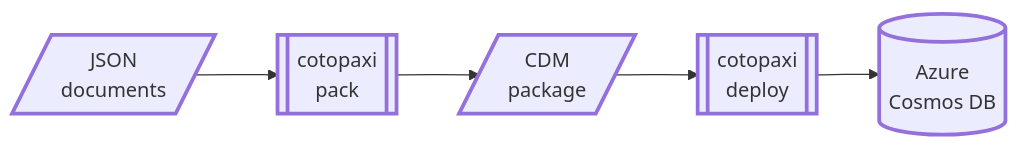
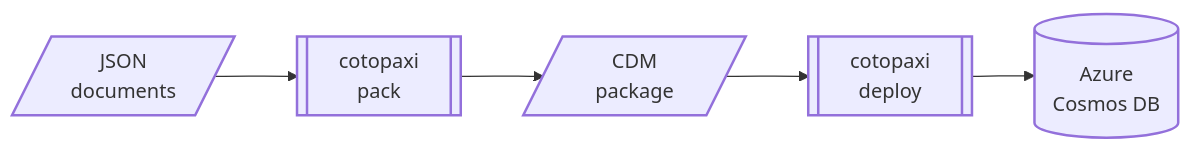
One commit to alexanderkozlenko/cotopaxi changed the diagram in doc/index.md. Above: the diagram before and after it, drawn with Mermaid.

Commit message:
Update diagram

````diff
--- a/doc/index.md
+++ b/doc/index.md
@@ -13,10 +13,10 @@
 ```mermaid
 flowchart LR
-    s1[/"JSON<br />documents"/]
-    s2[["cotopaxi<br />pack"]]
-    s3[/"CDM<br />package"/]
-    s4[["cotopaxi<br />deploy"]]
-    s5[("Azure<br />Cosmos DB")]
-    s1-->s2-->s3-->s4-->s5
-    classDef default stroke-width: 3px, font-family: system-ui
+  s1[/"<p style='width:100px'>JSON<br />documents</p>"/]
+  s2[["<p style='width:100px'>cotopaxi<br />pack</p>"]]
+  s3[/"<p style='width:100px'>CDM<br />package</p>"/]
+  s4[["<p style='width:100px'>cotopaxi<br />deploy</p>"]]
+  s5[("<p style='width:100px'>Azure<br />Cosmos DB</p>")]
+  s1 --> s2 --> s3 --> s4 --> s5
+  classDef default stroke-width: 2px, font-family: system-ui
 ```
````
